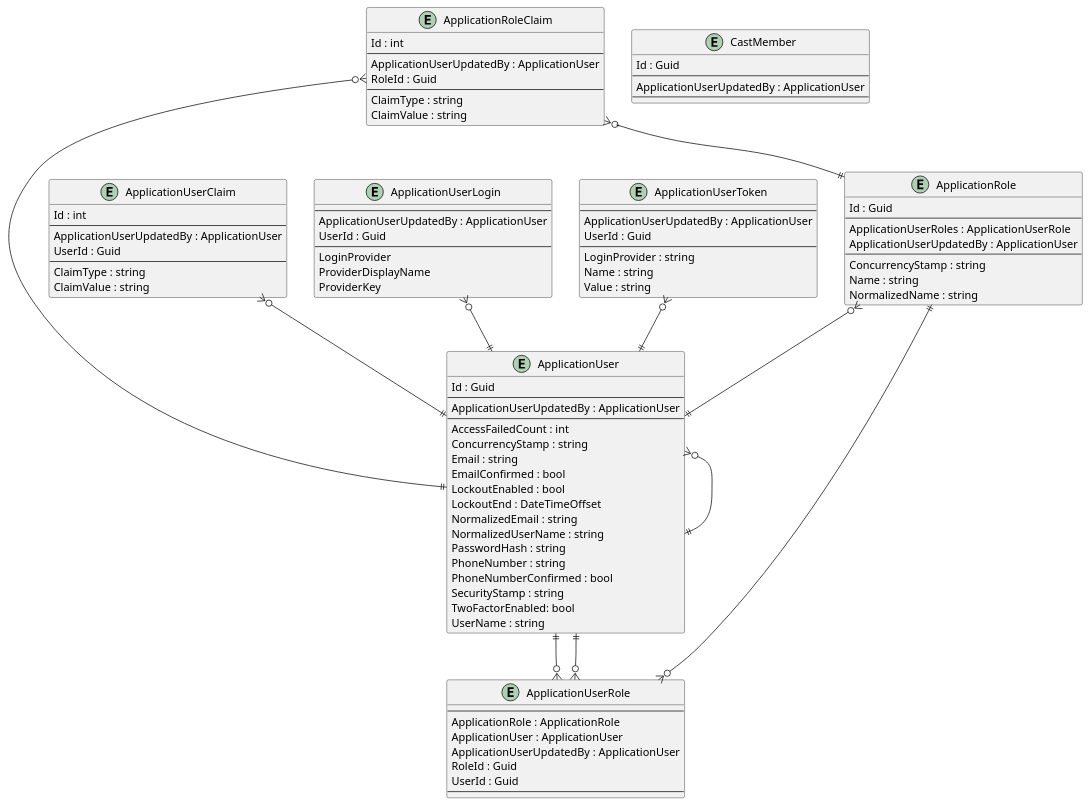
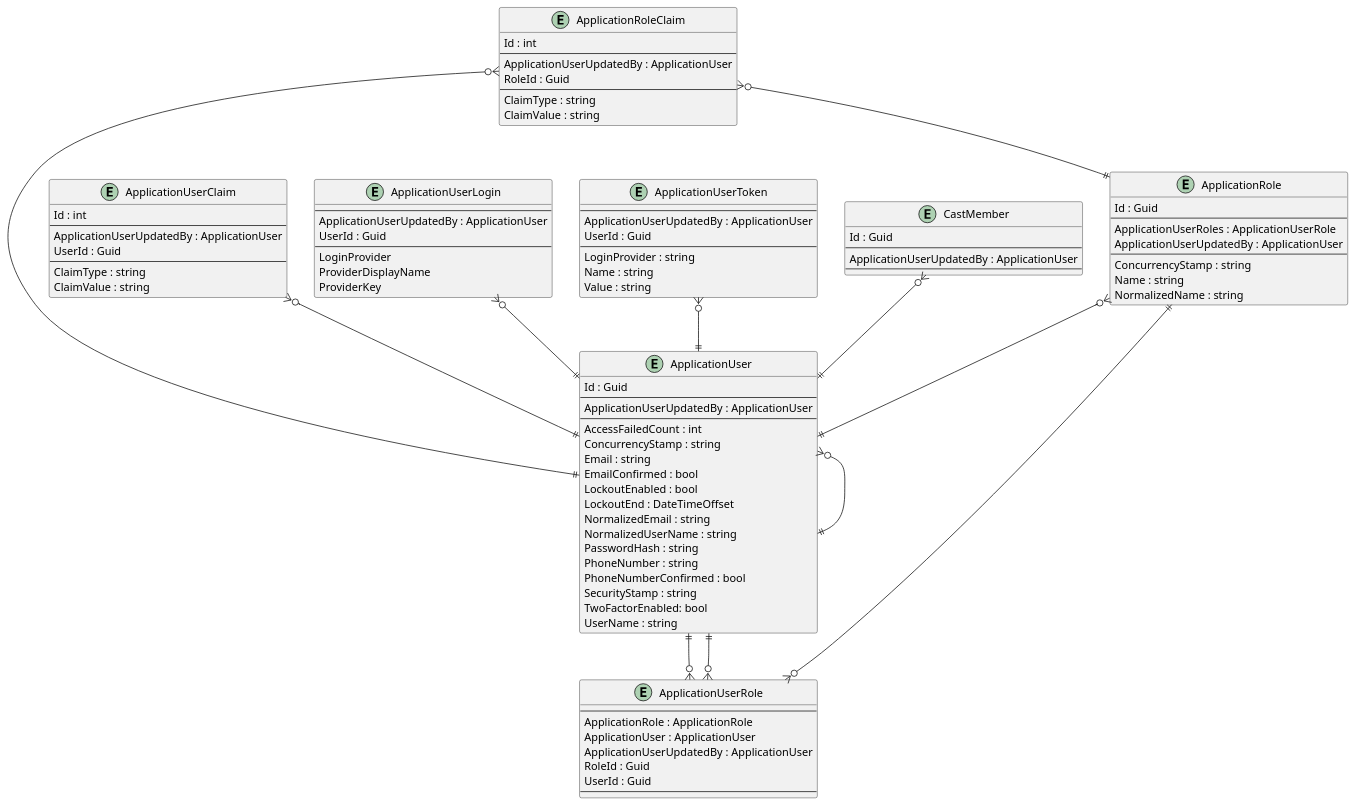
Before and after one commit to intrepion/BlazorWebAppMovies: the diagram in .docs/BlazorWebAppMovies.pu, drawn with PlantUML.

```diff
--- a/.docs/BlazorWebAppMovies.pu
+++ b/.docs/BlazorWebAppMovies.pu
@@ -1,111 +1,112 @@
 @startuml
 
 entity ApplicationRole {
     Id : Guid
     --
     ApplicationUserRoles : ApplicationUserRole
     ApplicationUserUpdatedBy : ApplicationUser
     --
     ConcurrencyStamp : string
     Name : string
     NormalizedName : string
 }
 
 entity ApplicationRoleClaim {
     Id : int
     --
     ApplicationUserUpdatedBy : ApplicationUser
     RoleId : Guid
     --
     ClaimType : string
     ClaimValue : string
 }
 
 entity ApplicationUser {
     Id : Guid
     --
     ApplicationUserUpdatedBy : ApplicationUser
     ' ApplicationUserKeyCodePlaceholder
     --
     AccessFailedCount : int
     ConcurrencyStamp : string
     Email : string
     EmailConfirmed : bool
     LockoutEnabled : bool
     LockoutEnd : DateTimeOffset
     NormalizedEmail : string
     NormalizedUserName : string
     PasswordHash : string
     PhoneNumber : string
     PhoneNumberConfirmed : bool
     SecurityStamp : string
     TwoFactorEnabled: bool
     UserName : string
     ' ApplicationUserPropertyCodePlaceholder
 }
 
 entity ApplicationUserClaim {
     Id : int
     --
     ApplicationUserUpdatedBy : ApplicationUser
     UserId : Guid
     --
     ClaimType : string
     ClaimValue : string
 }
 
 entity ApplicationUserLogin {
     --
     ApplicationUserUpdatedBy : ApplicationUser
     UserId : Guid
     --
     LoginProvider
     ProviderDisplayName
     ProviderKey
 }
 
 entity ApplicationUserRole {
     --
     ApplicationRole : ApplicationRole
     ApplicationUser : ApplicationUser
     ApplicationUserUpdatedBy : ApplicationUser
     RoleId : Guid
     UserId : Guid
     --
 }
 
 entity ApplicationUserToken {
     --
     ApplicationUserUpdatedBy : ApplicationUser
     UserId : Guid
     --
     LoginProvider : string
     Name : string
     Value : string
 }
 
 entity CastMember {
     Id : Guid
     --
     ApplicationUserUpdatedBy : ApplicationUser
     ' CastMemberKeyCodePlaceholder
     --
     ' CastMemberPropertyCodePlaceholder
 }
 
 ' EntityCodePlaceholder
 
 ApplicationRole ||--o{ ApplicationUserRole
 ApplicationRole }o--|| ApplicationUser
 ApplicationRoleClaim }o--|| ApplicationRole
 ApplicationRoleClaim }o--|| ApplicationUser
 ApplicationUser }o--|| ApplicationUser
 ApplicationUser ||--o{ ApplicationUserRole
 ApplicationUserClaim }o--|| ApplicationUser
 ApplicationUserLogin }o--|| ApplicationUser
 ApplicationUserRole }o--|| ApplicationUser
 ApplicationUserToken }o--|| ApplicationUser
 
+CastMember }o--|| ApplicationUser
 ' RelationshipCodePlaceholder
 
 @enduml
```
